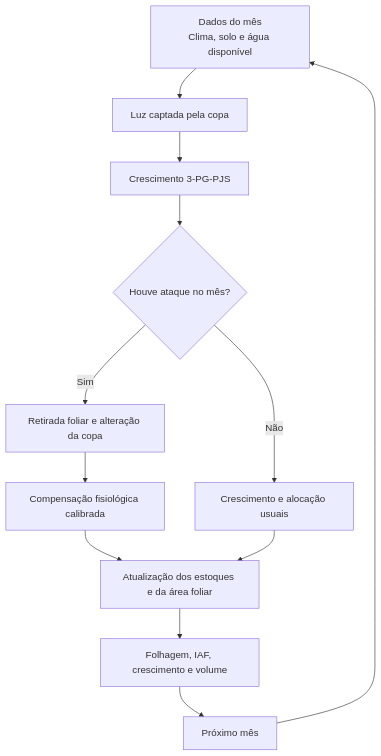
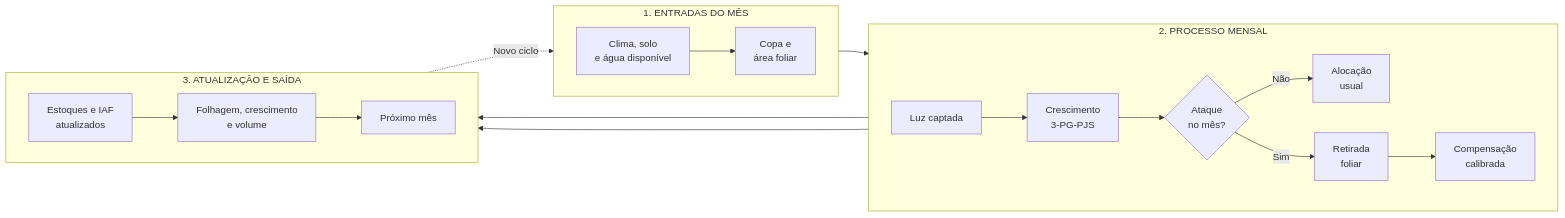
One commit to beteixeira135-cmyk/Akademia changed the diagram in handoff_claude/diagramas/02-ciclo-mensal.mmd. Above: the diagram before and after it, drawn with Mermaid. The commit also changed 9 other files, not shown here.

```diff
--- a/handoff_claude/diagramas/02-ciclo-mensal.mmd
+++ b/handoff_claude/diagramas/02-ciclo-mensal.mmd
@@ -1,12 +1,31 @@
-flowchart TB
-    A["Dados do mês<br/>Clima, solo e água disponível"] --> B["Luz captada pela copa"]
-    B --> C["Crescimento 3-PG-PJS"]
-    C --> D{"Houve ataque no mês?"}
-    D -->|Não| E["Crescimento e alocação usuais"]
-    D -->|Sim| F["Retirada foliar e alteração da copa"]
-    F --> G["Compensação fisiológica calibrada"]
-    G --> H["Atualização dos estoques e da área foliar"]
-    E --> H
-    H --> I["Folhagem, IAF, crescimento e volume"]
-    I --> J["Próximo mês"]
-    J --> A
+flowchart LR
+    subgraph E["1. ENTRADAS DO MÊS"]
+        direction LR
+        A["Clima, solo<br/>e água disponível"]
+        B["Copa e<br/>área foliar"]
+        A --> B
+    end
+
+    subgraph P["2. PROCESSO MENSAL"]
+        direction LR
+        C["Luz captada"]
+        D["Crescimento<br/>3-PG-PJS"]
+        D1{"Ataque<br/>no mês?"}
+        C --> D --> D1
+        D1 -->|Não| E1["Alocação<br/>usual"]
+        D1 -->|Sim| F["Retirada<br/>foliar"]
+        F --> G["Compensação<br/>calibrada"]
+    end
+
+    subgraph S["3. ATUALIZAÇÃO E SAÍDA"]
+        direction LR
+        H["Estoques e IAF<br/>atualizados"]
+        I["Folhagem, crescimento<br/>e volume"]
+        J["Próximo mês"]
+        E1 --> H
+        G --> H
+        H --> I --> J
+    end
+
+    B --> C
+    J -.->|"Novo ciclo"| A
```
